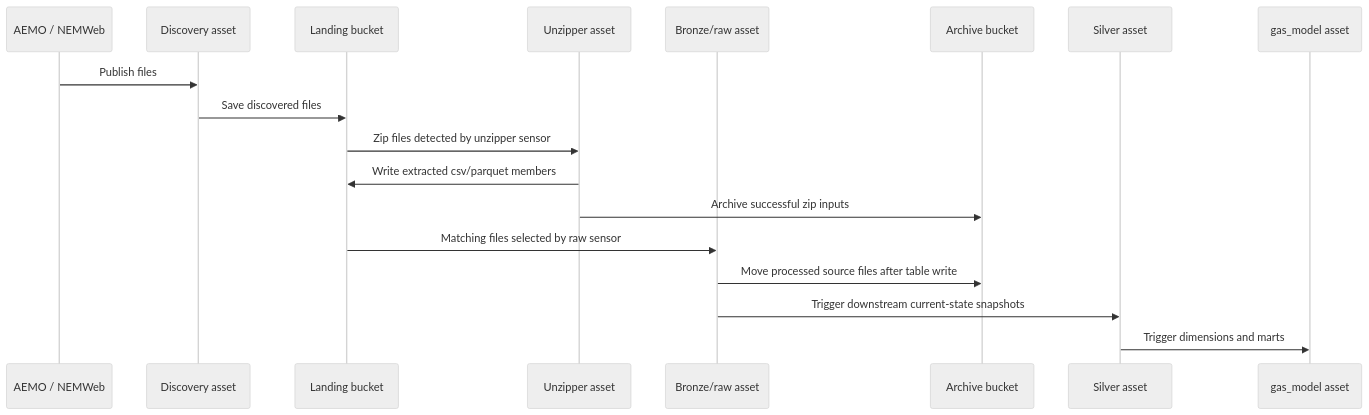
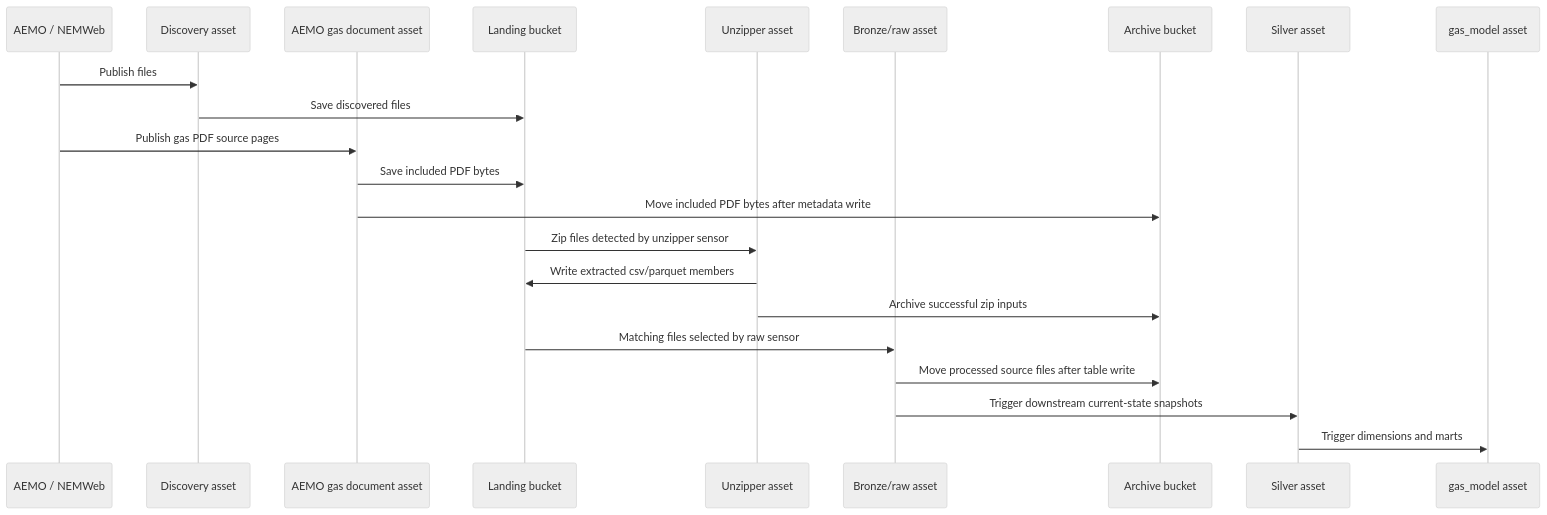
One commit to Chr1sC0de/energy-market-delta-lake changed the third of 3 diagrams in backend-services/dagster-user/aemo-etl/README.md. Above: the diagram before and after it, drawn with Mermaid (neutral theme). The commit also changed other lines of this file and 12 other files, not shown here.

Commit message:
Implement issue #129: Implement AEMO gas PDF landing scraper and metadata table

````diff
--- a/backend-services/dagster-user/aemo-etl/README.md
+++ b/backend-services/dagster-user/aemo-etl/README.md
@@ -124,21 +131,25 @@
 ```mermaid
 sequenceDiagram
     participant Source as AEMO / NEMWeb
     participant Discover as Discovery asset
+    participant Docs as AEMO gas document asset
     participant Landing as Landing bucket
     participant Unzip as Unzipper asset
     participant Raw as Bronze/raw asset
     participant Archive as Archive bucket
     participant Silver as Silver asset
     participant GasModel as gas_model asset
 
     Source->>Discover: Publish files
     Discover->>Landing: Save discovered files
+    Source->>Docs: Publish gas PDF source pages
+    Docs->>Landing: Save included PDF bytes
+    Docs->>Archive: Move included PDF bytes after metadata write
     Landing->>Unzip: Zip files detected by unzipper sensor
     Unzip->>Landing: Write extracted csv/parquet members
     Unzip->>Archive: Archive successful zip inputs
     Landing->>Raw: Matching files selected by raw sensor
     Raw->>Archive: Move processed source files after table write
     Raw->>Silver: Trigger downstream current-state snapshots
     Silver->>GasModel: Trigger dimensions and marts
 ```
````
